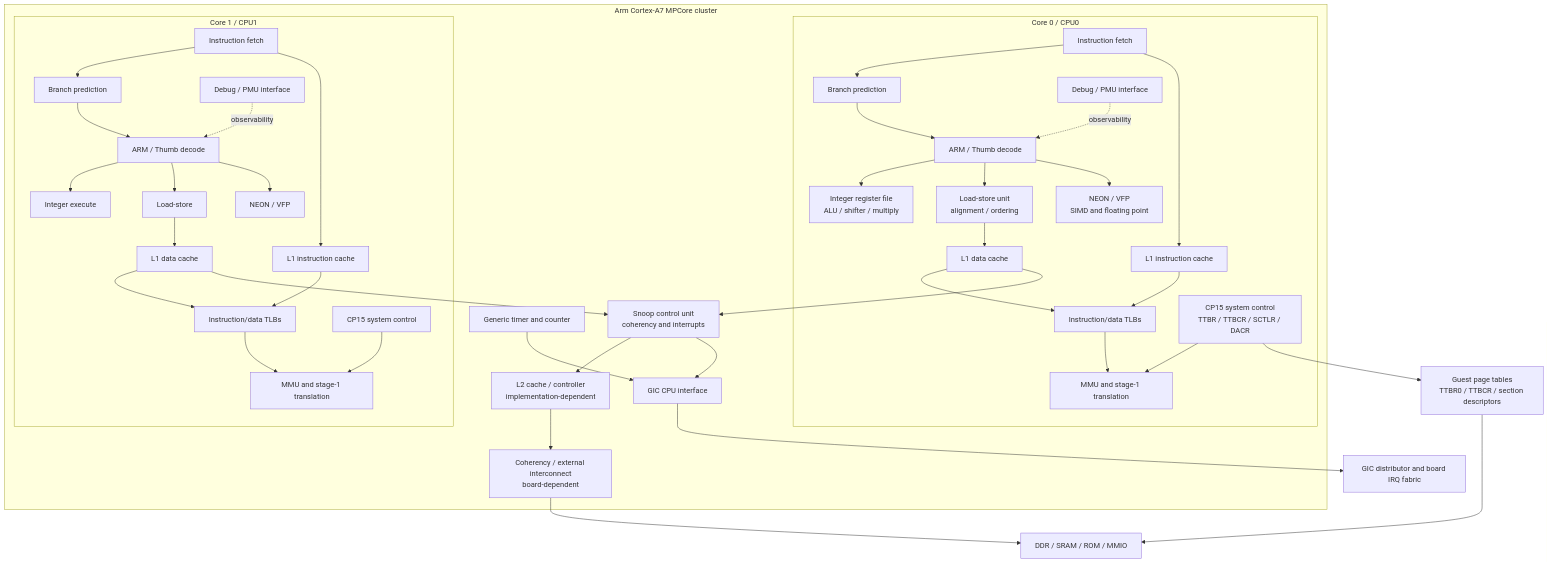
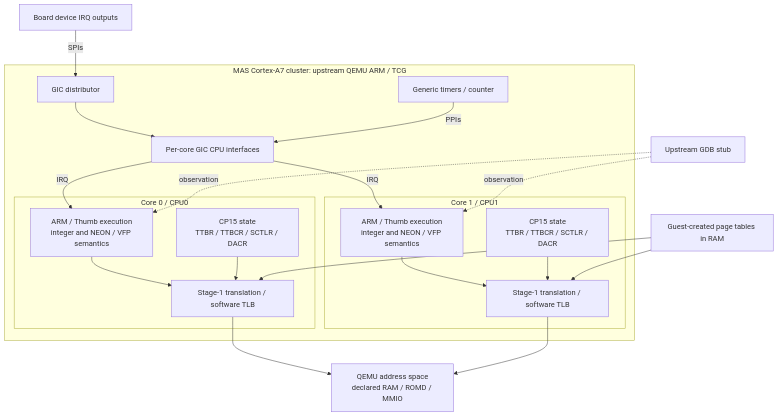
The first of 2 diagrams in docs/architecture/cpu.md (nightglasses/z7ii-qemu), drawn with Mermaid before and after one commit. The commit also changed other lines of this file and 4 other files, not shown here.

Commit message:
docs: align architecture with current pipelines

````diff
--- a/docs/architecture/cpu.md
+++ b/docs/architecture/cpu.md
@@ -10,74 +10,30 @@
 ```mermaid
 flowchart TD
-  subgraph Cluster[Arm Cortex-A7 MPCore cluster]
-    subgraph Core0[Core 0 / CPU0]
-      IF0[Instruction fetch]
-      BP0[Branch prediction]
-      DEC0[ARM / Thumb decode]
-      INT0[Integer register file\nALU / shifter / multiply]
-      LSU0[Load-store unit\nalignment / ordering]
-      NEON0[NEON / VFP\nSIMD and floating point]
-      L1I0[L1 instruction cache]
-      L1D0[L1 data cache]
-      TLB0[Instruction/data TLBs]
-      MMU0[MMU and stage-1 translation]
-      CP150[CP15 system control\nTTBR / TTBCR / SCTLR / DACR]
-      Debug0[Debug / PMU interface]
-      IF0 --> BP0 --> DEC0
-      DEC0 --> INT0
-      DEC0 --> LSU0
-      DEC0 --> NEON0
-      IF0 --> L1I0
-      LSU0 --> L1D0
-      L1I0 --> TLB0
-      L1D0 --> TLB0
-      TLB0 --> MMU0
+  subgraph Cluster["MAS Cortex-A7 cluster: upstream QEMU ARM / TCG"]
+    subgraph Core0["Core 0 / CPU0"]
+      Exec0["ARM / Thumb execution<br/>integer and NEON / VFP semantics"]
+      CP150["CP15 state<br/>TTBR / TTBCR / SCTLR / DACR"]
+      MMU0["Stage-1 translation / software TLB"]
+      Exec0 --> MMU0
       CP150 --> MMU0
-      Debug0 -. observability .-> DEC0
     end
-
-    subgraph Core1[Core 1 / CPU1]
-      IF1[Instruction fetch]
-      BP1[Branch prediction]
-      DEC1[ARM / Thumb decode]
-      INT1[Integer execute]
-      LSU1[Load-store]
-      NEON1[NEON / VFP]
-      L1I1[L1 instruction cache]
-      L1D1[L1 data cache]
-      TLB1[Instruction/data TLBs]
-      MMU1[MMU and stage-1 translation]
-      CP151[CP15 system control]
-      Debug1[Debug / PMU interface]
-      IF1 --> BP1 --> DEC1
-      DEC1 --> INT1
-      DEC1 --> LSU1
-      DEC1 --> NEON1
-      IF1 --> L1I1
-      LSU1 --> L1D1
-      L1I1 --> TLB1
-      L1D1 --> TLB1
-      TLB1 --> MMU1
+    subgraph Core1["Core 1 / CPU1"]
+      Exec1["ARM / Thumb execution<br/>integer and NEON / VFP semantics"]
+      CP151["CP15 state<br/>TTBR / TTBCR / SCTLR / DACR"]
+      MMU1["Stage-1 translation / software TLB"]
+      Exec1 --> MMU1
       CP151 --> MMU1
-      Debug1 -. observability .-> DEC1
     end
-
-    SCU[Snoop control unit\ncoherency and interrupts]
-    L2[L2 cache / controller\nimplementation-dependent]
-    GICCPU[GIC CPU interface]
-    Timer[Generic timer and counter]
-    ACP[Coherency / external interconnect\nboard-dependent]
-
-    L1D0 --> SCU
-    L1D1 --> SCU
-    SCU --> L2
-    L2 --> ACP
-    SCU --> GICCPU
-    Timer --> GICCPU
+    Dist["GIC distributor"] --> GICCPU["Per-core GIC CPU interfaces"]
+    GICCPU -->|IRQ| Exec0
+    GICCPU -->|IRQ| Exec1
+    Timer["Generic timers / counter"] -->|PPIs| GICCPU
   end
-
-  ACP --> Memory[DDR / SRAM / ROM / MMIO]
-  GICCPU --> IRQ[GIC distributor and board IRQ fabric]
-  CP150 --> MMU[Guest page tables\nTTBR0 / TTBCR / section descriptors]
-  MMU --> Memory
+  Devices["Board device IRQ outputs"] -->|SPIs| Dist
+  MMU0 --> Memory["QEMU address space<br/>declared RAM / ROMD / MMIO"]
+  MMU1 --> Memory
+  PageTables["Guest-created page tables in RAM"] --> MMU0
+  PageTables --> MMU1
+  Debug["Upstream GDB stub"] -. observation .-> Exec0
+  Debug -. observation .-> Exec1
 ```
````
